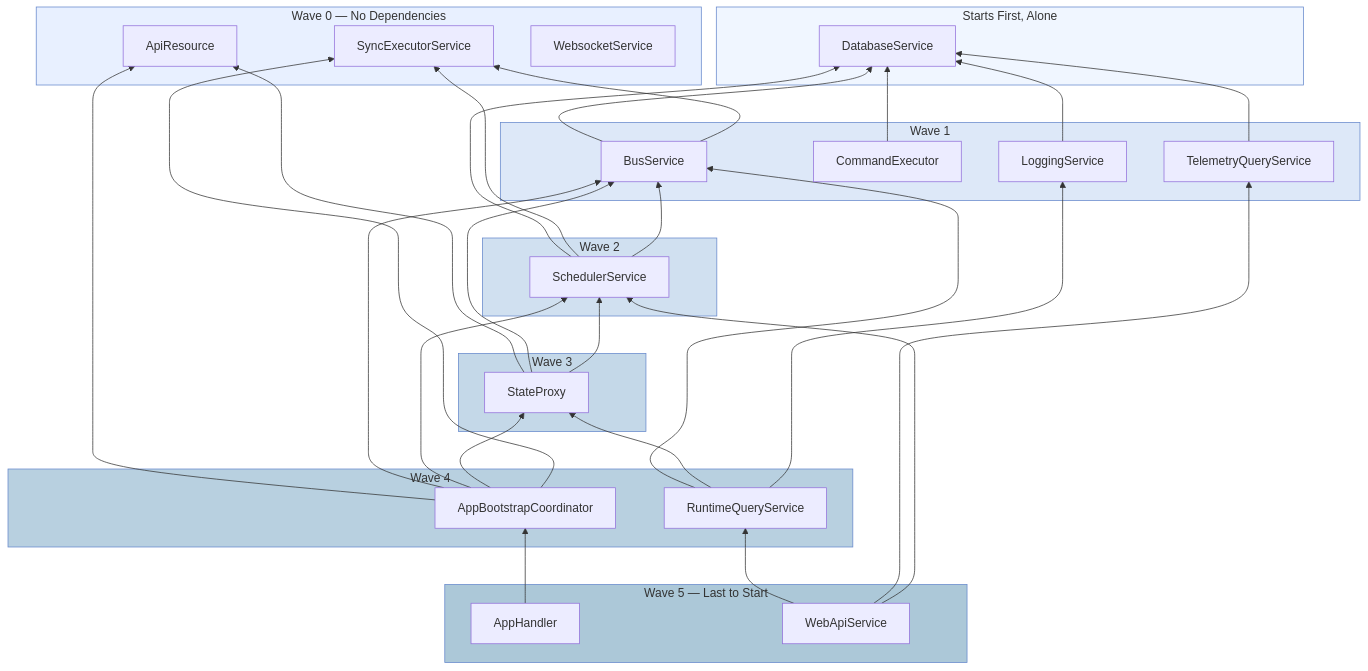
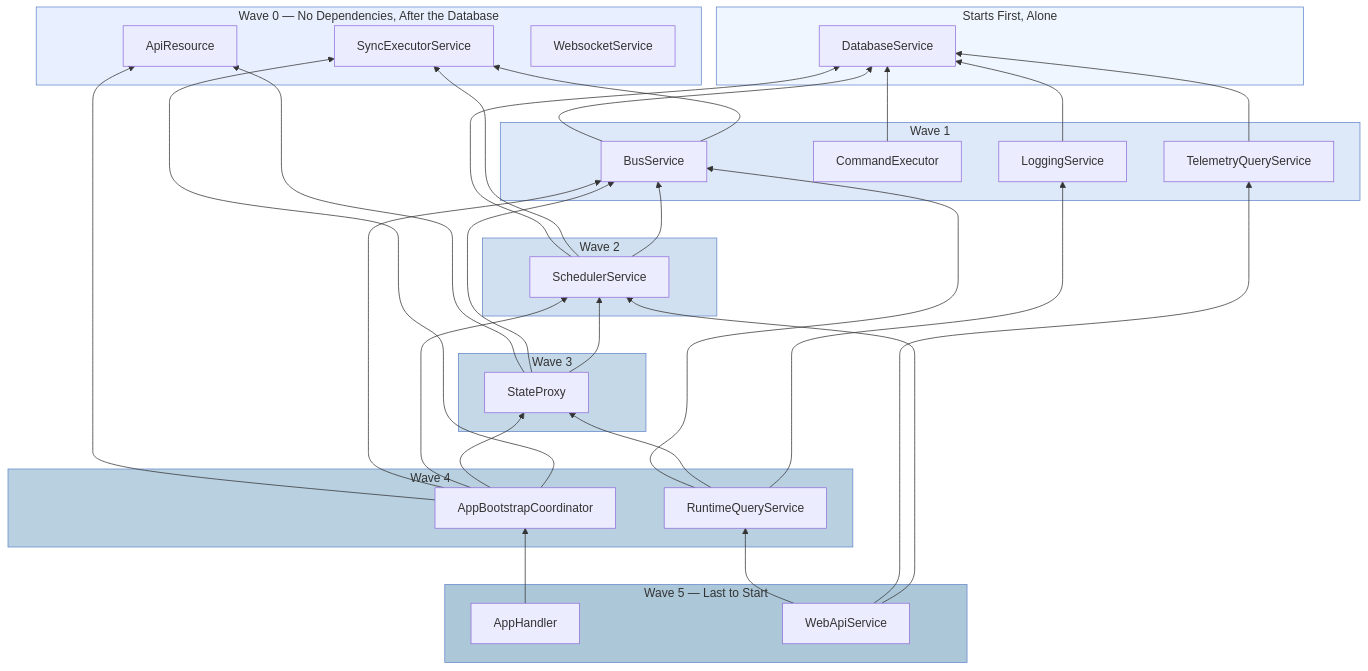
The second of 3 diagrams in docs/pages/core-concepts/internals/index.md (NodeJSmith/hassette), drawn with Mermaid before and after one commit. The commit also changed 2 other files, not shown here.

Commit message:
docs: say which status a failed required service ends in and how services attach
Lifecycle now separates the service's own FAILED/CRASHED status from the
CRASHED event that marks the fatal exit, and says a service is created
through its parent's add_child(). Health endpoints link "required
service" and say an app failure never ends the process; the dependency
diagram's Wave 0 says it starts after the database.

Claude-Session: https://claude.ai/code/session_01Dg5QKfMFmjm7PW5LdQubAc

````diff
--- a/docs/pages/core-concepts/internals/index.md
+++ b/docs/pages/core-concepts/internals/index.md
@@ -99,59 +99,59 @@
 ```mermaid
 graph BT
     accTitle: Service Dependency Graph
     accDescr: Wave-based startup order, DatabaseService alone at the top, then wave 0
 
     subgraph dbwave["Starts First, Alone"]
         DB[DatabaseService]
     end
 
-    subgraph wave0["Wave 0 — No Dependencies"]
+    subgraph wave0["Wave 0 — No Dependencies, After the Database"]
         SYNC[SyncExecutorService]
         API[ApiResource]
         WS[WebsocketService]
     end
 
     subgraph wave1["Wave 1"]
         BUS[BusService]
         CMD[CommandExecutor]
         LOG[LoggingService]
         TQS[TelemetryQueryService]
     end
 
     subgraph wave2["Wave 2"]
         SCHED[SchedulerService]
     end
 
     subgraph wave3["Wave 3"]
         SP[StateProxy]
     end
 
     subgraph wave4["Wave 4"]
         ABC[AppBootstrapCoordinator]
         RQS[RuntimeQueryService]
     end
 
     subgraph wave5["Wave 5 — Last to Start"]
         AH[AppHandler]
         WEB[WebApiService]
     end
 
     BUS --> DB & SYNC
     SCHED --> DB & SYNC & BUS
     CMD --> DB
     LOG --> DB
     TQS --> DB
     SP --> API & BUS & SCHED
     ABC --> API & BUS & SCHED & SP & SYNC
     RQS --> BUS & SP & LOG
     AH --> ABC
     WEB --> RQS & TQS & SCHED
 
     style dbwave fill:#f0f6ff,stroke:#6688cc
     style wave0 fill:#e8f0ff,stroke:#6688cc
     style wave1 fill:#dde8f8,stroke:#6688cc
     style wave2 fill:#d0e0f0,stroke:#6688cc
     style wave3 fill:#c4d8e8,stroke:#6688cc
     style wave4 fill:#b8d0e0,stroke:#6688cc
     style wave5 fill:#acc8d8,stroke:#6688cc
 ```
````
